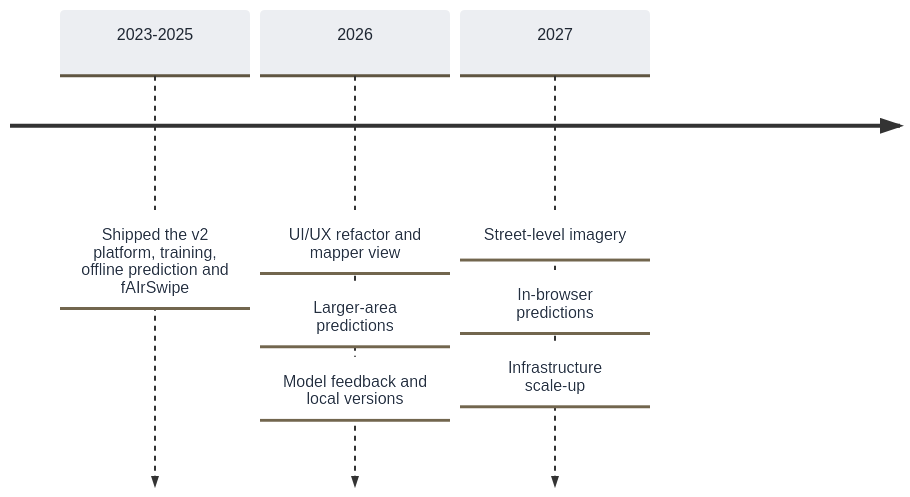
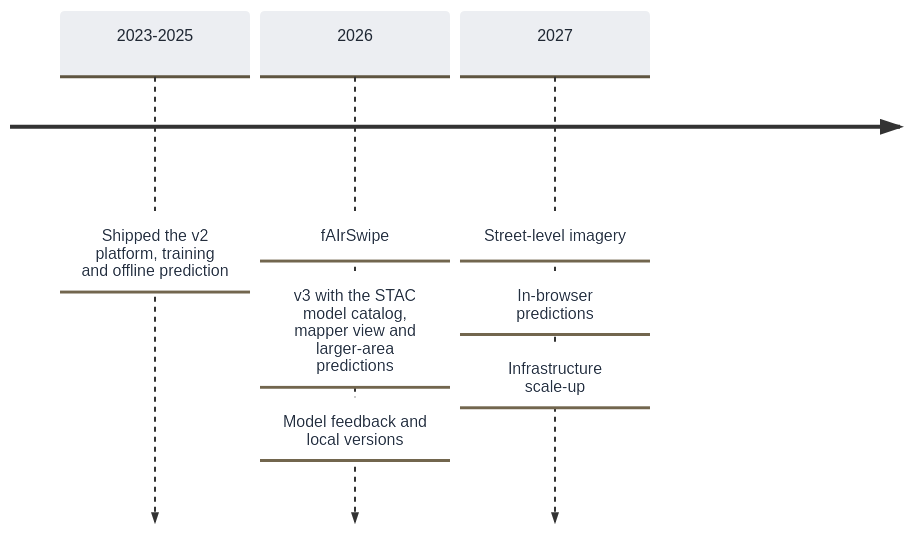
Before and after one commit to hotosm/fAIr: the diagram in docs/roadmap/index.md, drawn with Mermaid. The commit also changed other lines of this file and 43 other files, not shown here.

````diff
--- a/docs/roadmap/index.md
+++ b/docs/roadmap/index.md
@@ -12,7 +12,7 @@
 ```mermaid
 %%{init: {'theme':'base','themeVariables':{'cScale0':'#eceef2','cScale1':'#eceef2','cScale2':'#eceef2','cScale3':'#eceef2','cScaleLabel0':'#1f2733','cScaleLabel1':'#1f2733','cScaleLabel2':'#1f2733','cScaleLabel3':'#1f2733','lineColor':'#9aa0aa','fontFamily':'system-ui, sans-serif'}}}%%
 timeline
-    2023-2025 : Shipped the v2 platform, training, offline prediction and fAIrSwipe
-    2026 : UI/UX refactor and mapper view : Larger-area predictions : Model feedback and local versions
+    2023-2025 : Shipped the v2 platform, training and offline prediction
+    2026 : fAIrSwipe : v3 with the STAC model catalog, mapper view and larger-area predictions : Model feedback and local versions
     2027 : Street-level imagery : In-browser predictions : Infrastructure scale-up
 ```
````
